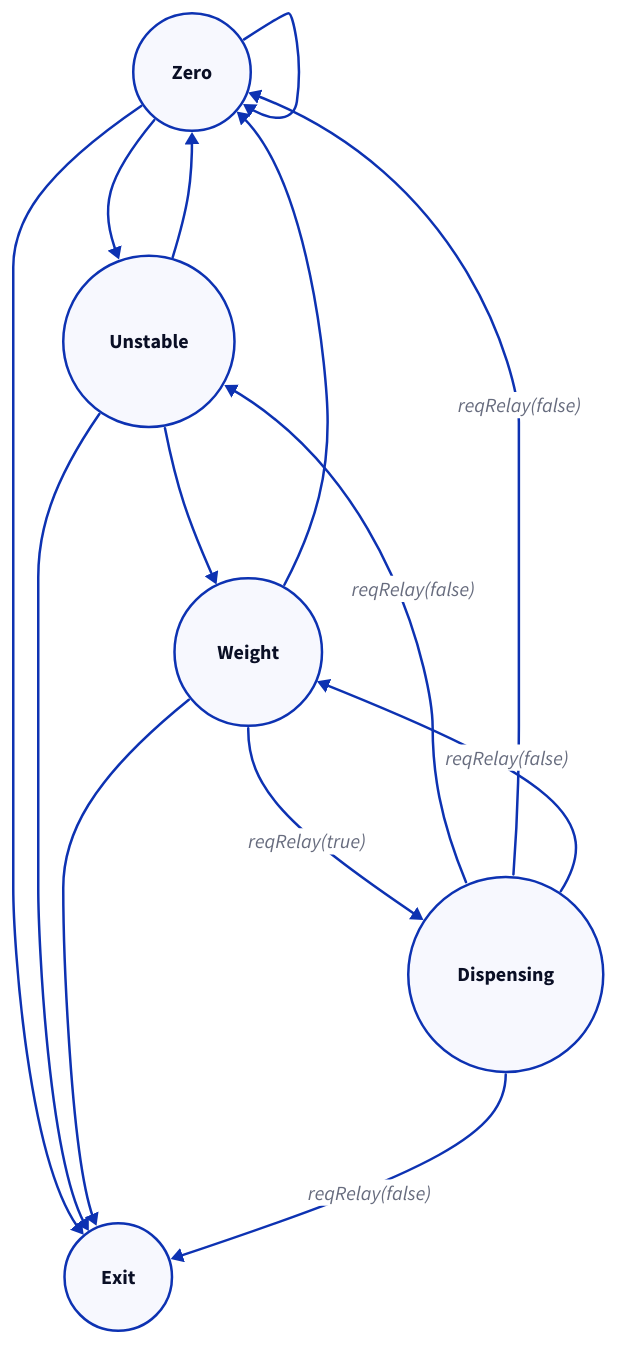
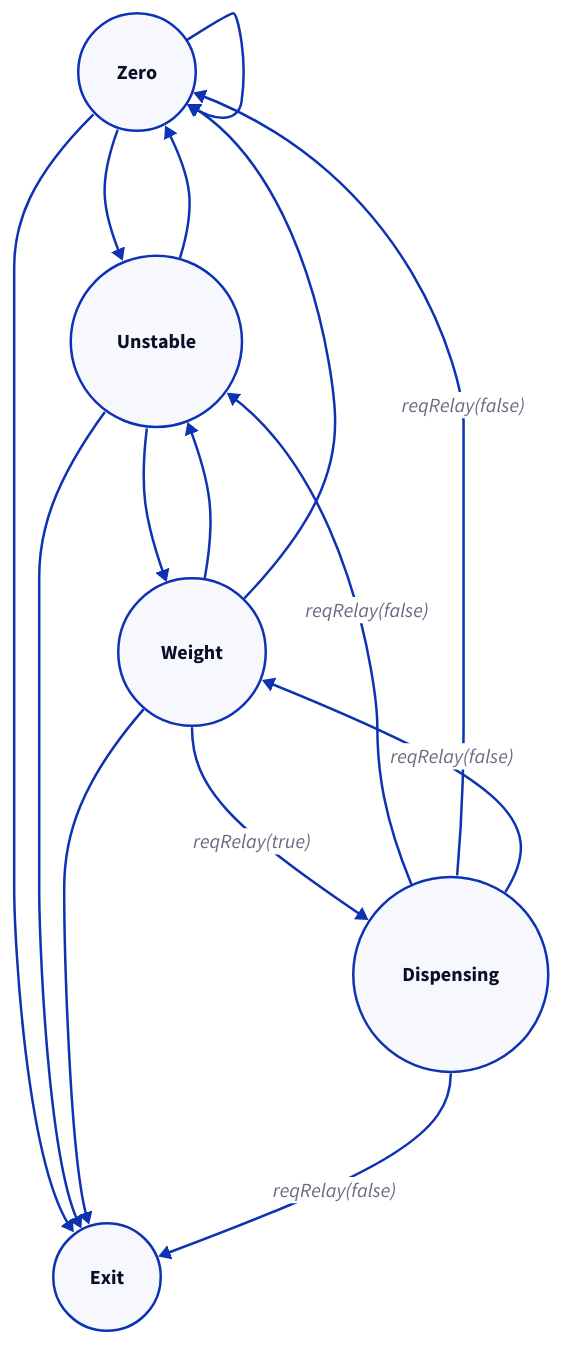
Before and after one commit to staplerfahrer/keurigMyKCupCoffeeGrinderScale: the diagram in webUi/states.d2, drawn with D2. The commit also changed 3 other files, not shown here.

```diff
--- a/webUi/states.d2
+++ b/webUi/states.d2
@@ -1,27 +1,28 @@
 Zero: Zero
 Zero.shape: circle
 Unstable: Unstable
 Unstable.shape: circle
 Weight: Weight
 Weight.shape: circle
 Dispensing: Dispensing
 Dispensing.shape: circle
 Exit: Exit
 Exit.shape: circle
 
 Zero -> Zero
 Zero -> Unstable
 Zero -> Exit
 
 Unstable -> Zero
 Unstable -> Weight
 Unstable -> Exit
 
+Weight -> Unstable
 Weight -> Zero
 Weight -> Dispensing: reqRelay(true)
 Weight -> Exit
 
 Dispensing -> Unstable: reqRelay(false)
 Dispensing -> Zero: reqRelay(false)
 Dispensing -> Weight: reqRelay(false)
 Dispensing -> Exit: reqRelay(false)
```
